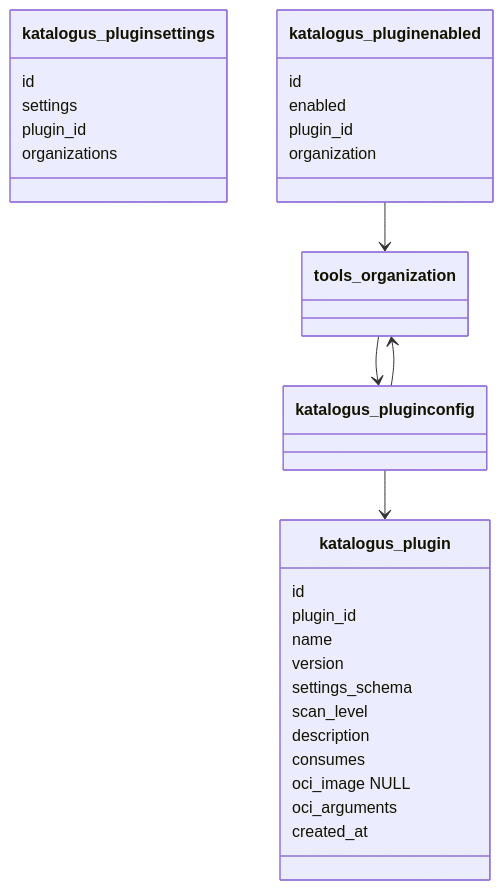
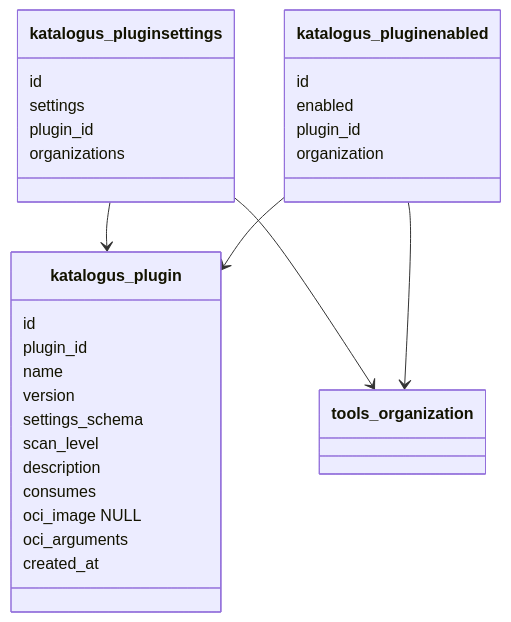
The second of 2 diagrams in rfd/0006-katalogus-database-schema.md (minvws/nl-kat-coordination), drawn with Mermaid before and after one commit.

Commit message:
RFD tweak from feedback

````diff
--- a/rfd/0006-katalogus-database-schema.md
+++ b/rfd/0006-katalogus-database-schema.md
@@ -83,35 +83,35 @@
 ```mermaid
 classDiagram
   class katalogus_plugin {
     id
     plugin_id
     name
     version
     settings_schema
     scan_level
     description
     consumes
     oci_image NULL
     oci_arguments
     created_at
   }
 
   class katalogus_pluginsettings {
     id
     settings
     plugin_id
     organizations
   }
 
   class katalogus_pluginenabled {
     id
     enabled
     plugin_id
     organization
   }
 
-  katalogus_pluginconfig --> katalogus_plugin
-  katalogus_pluginconfig --> tools_organization
-  tools_organization --> katalogus_pluginconfig
+  katalogus_pluginsettings --> katalogus_plugin
+  katalogus_pluginsettings --> tools_organization
+  katalogus_pluginenabled --> katalogus_plugin
   katalogus_pluginenabled --> tools_organization
 ```
````
